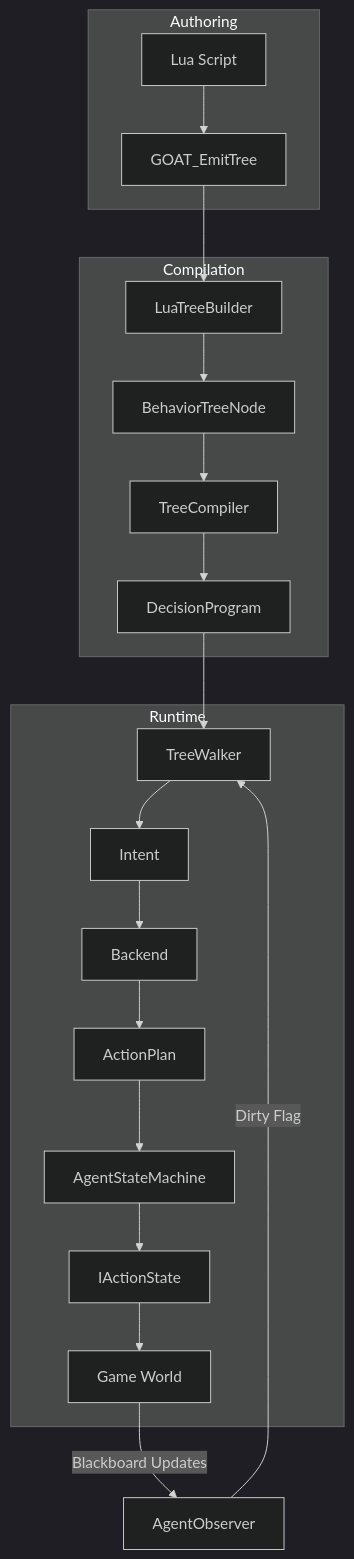
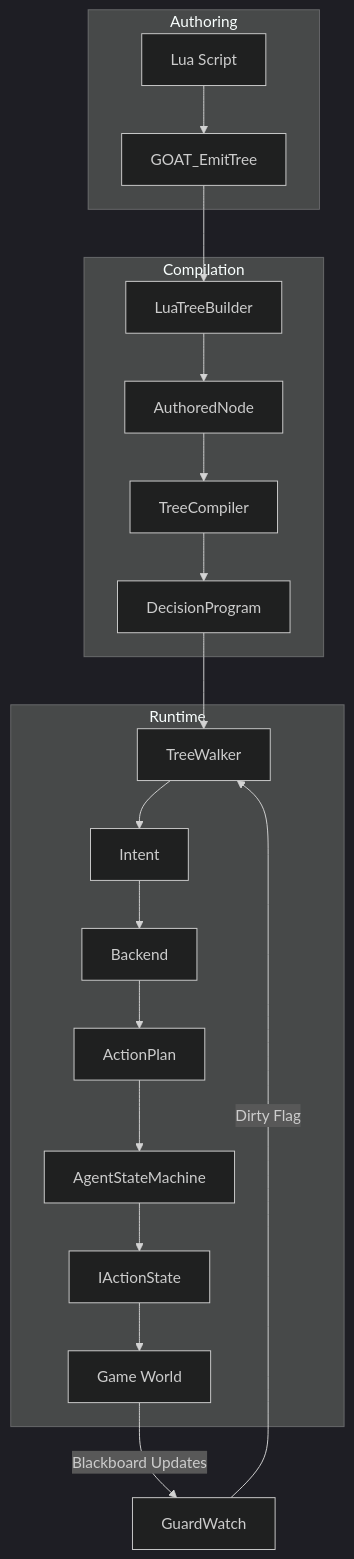
One commit to jabbadablack/G.O.A.T changed the first of 2 diagrams in Docs/01 - Architecture/Data Flow.md. Above: the diagram before and after it, drawn with Mermaid (dark theme). The commit also changed other lines of this file and 44 other files, not shown here.

````diff
--- a/Docs/01 - Architecture/Data Flow.md
+++ b/Docs/01 - Architecture/Data Flow.md
@@ -34,26 +34,26 @@
 ```mermaid
 graph TD
     subgraph Authoring[Authoring]
         A[Lua Script] --> B[GOAT_EmitTree]
     end
 
     subgraph Build[Compilation]
         B --> C[LuaTreeBuilder]
-        C --> D[BehaviorTreeNode]
+        C --> D[AuthoredNode]
         D --> E[TreeCompiler]
         E --> F[DecisionProgram]
     end
 
     subgraph Runtime[Runtime]
         F --> G[TreeWalker]
         G --> H[Intent]
         H --> I[Backend]
         I --> J[ActionPlan]
         J --> K[AgentStateMachine]
         K --> L[IActionState]
         L --> M[Game World]
     end
 
-    M -->|Blackboard Updates| N[AgentObserver]
+    M -->|Blackboard Updates| N[GuardWatch]
     N -->|Dirty Flag| G
 ```
````
